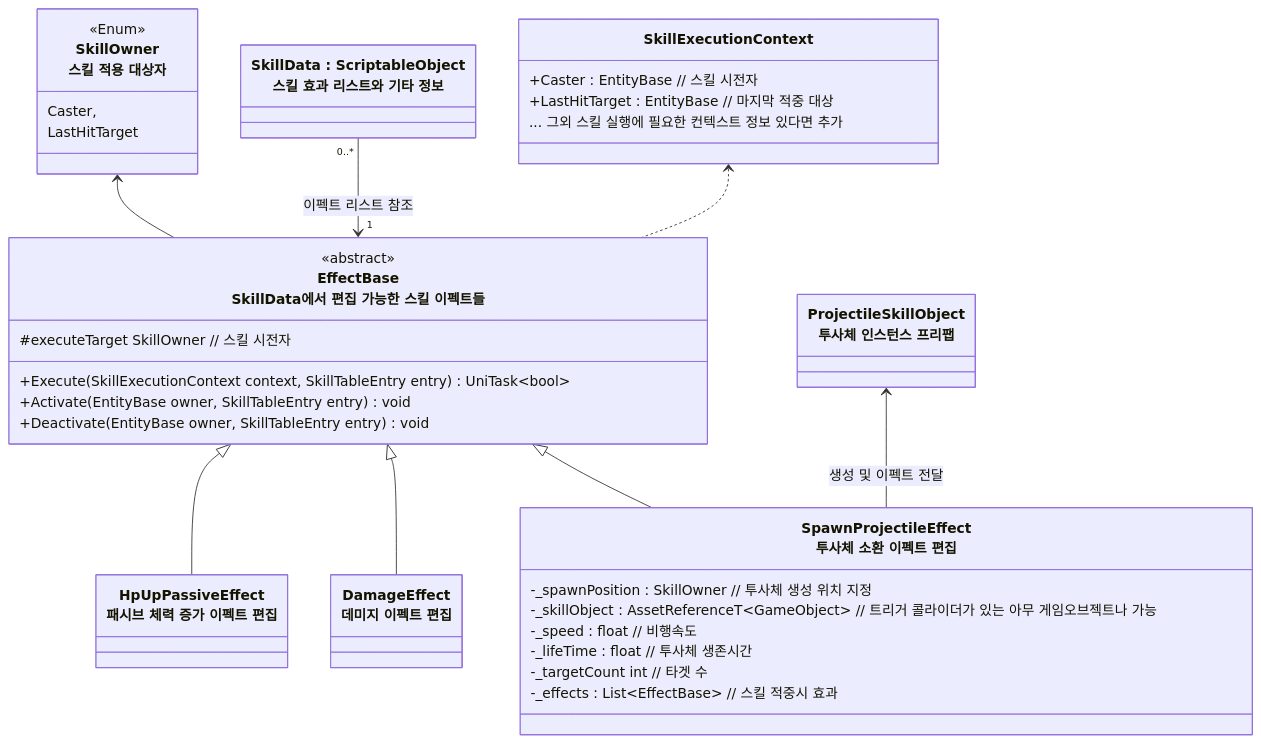
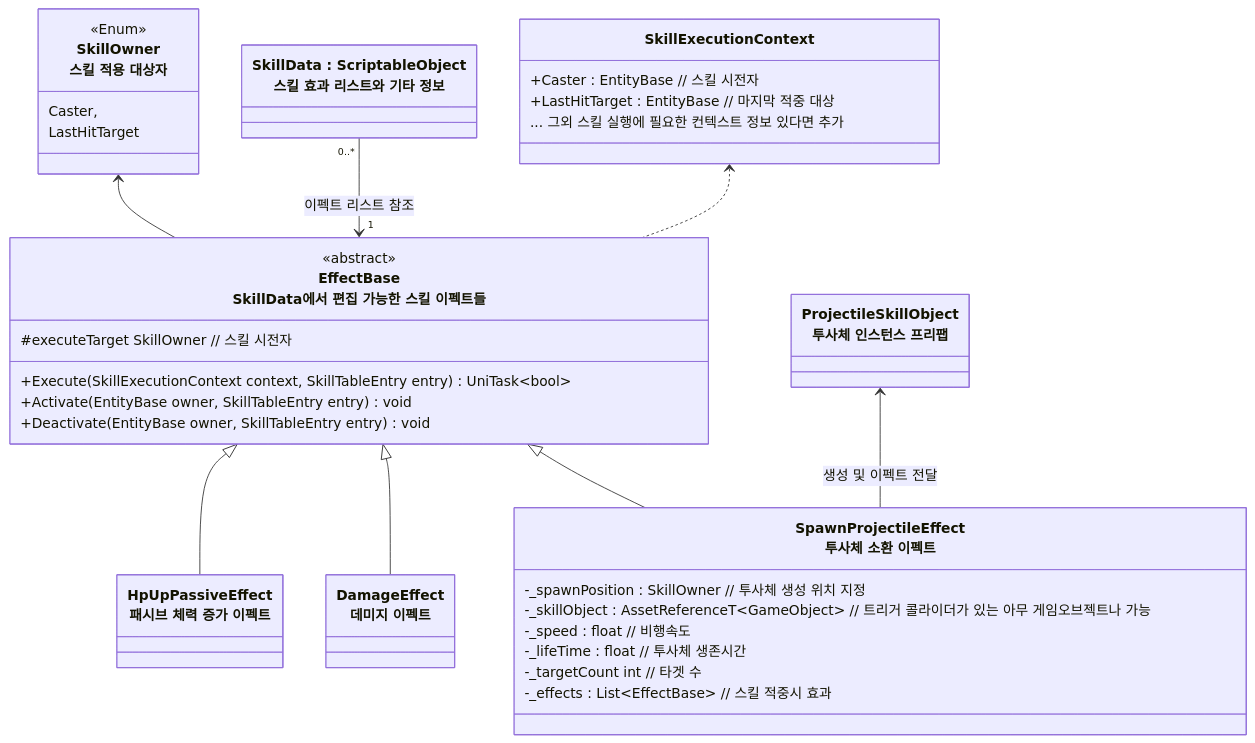
Before and after one commit to JIN5EOK/DungeonShooter: the second of 2 diagrams in README/스킬시스템_설계.md, drawn with Mermaid. The commit also changed other lines of this file and 2 other files, not shown here.

````diff
--- a/README/스킬시스템_설계.md
+++ b/README/스킬시스템_설계.md
@@ -98,56 +104,56 @@
 ```mermaid
 classDiagram
     class SkillExecutionContext{
         +Caster : EntityBase // 스킬 시전자
         +LastHitTarget : EntityBase // 마지막 적중 대상
         ... 그외 스킬 실행에 필요한 컨텍스트 정보 있다면 추가
     }
     
     class SkillOwner["SkillOwner<br>스킬 적용 대상자"]{
         <<Enum>>
         Caster,
         LastHitTarget
     }
     
     %% class SkillObjectBase["SkillObjectBase : Monobehaviour<br>스킬 소환 오브젝트 베이스"]{
     %%    <<abstract>>
     %%    +Initialize (EntityBase owner, List<EffectBase> effects, SkillTableEntry skillTableEntry)
     %% }
     
     class EffectBase["EffectBase<br>SkillData에서 편집 가능한 스킬 이펙트들"]{
         <<abstract>>
         #executeTarget SkillOwner // 스킬 시전자
         +Execute(SkillExecutionContext context, SkillTableEntry entry) UniTask~bool~
         +Activate(EntityBase owner, SkillTableEntry entry) void
         +Deactivate(EntityBase owner, SkillTableEntry entry) void
     }
 
-	class HpUpPassiveEffect["HpUpPassiveEffect<br>패시브 체력 증가 이펙트 편집"]{
+	class HpUpPassiveEffect["HpUpPassiveEffect<br>패시브 체력 증가 이펙트"]{
 	}
 	
-    class DamageEffect["DamageEffect<br>데미지 이펙트 편집"]{
+    class DamageEffect["DamageEffect<br>데미지 이펙트"]{
     }
 
-    class SpawnProjectileEffect["SpawnProjectileEffect<br>투사체 소환 이펙트 편집"]{
+    class SpawnProjectileEffect["SpawnProjectileEffect<br>투사체 소환 이펙트"]{
         -_spawnPosition : SkillOwner // 투사체 생성 위치 지정
         -_skillObject : AssetReferenceT~GameObject~ // 트리거 콜라이더가 있는 아무 게임오브젝트나 가능
         -_speed : float // 비행속도
         -_lifeTime : float // 투사체 생존시간
         -_targetCount int // 타겟 수 
         -_effects : List~EffectBase~ // 스킬 적중시 효과
     }
     
     class ProjectileSkillObject["ProjectileSkillObject<br>투사체 인스턴스 프리팹"]{
     }
     
     SkillOwner <-- EffectBase
     class SkillData["SkillData : ScriptableObject<br>스킬 효과 리스트와 기타 정보"]
     EffectBase <|-- HpUpPassiveEffect
     EffectBase <|-- DamageEffect
     EffectBase <|-- SpawnProjectileEffect
     ProjectileSkillObject <-- SpawnProjectileEffect : 생성 및 이펙트 전달
     SkillData "0..*"-->"1" EffectBase : 이펙트 리스트 참조
     SkillExecutionContext <.. EffectBase
     
     %%Projectile --|> SkillObjectBase
 ```
````
